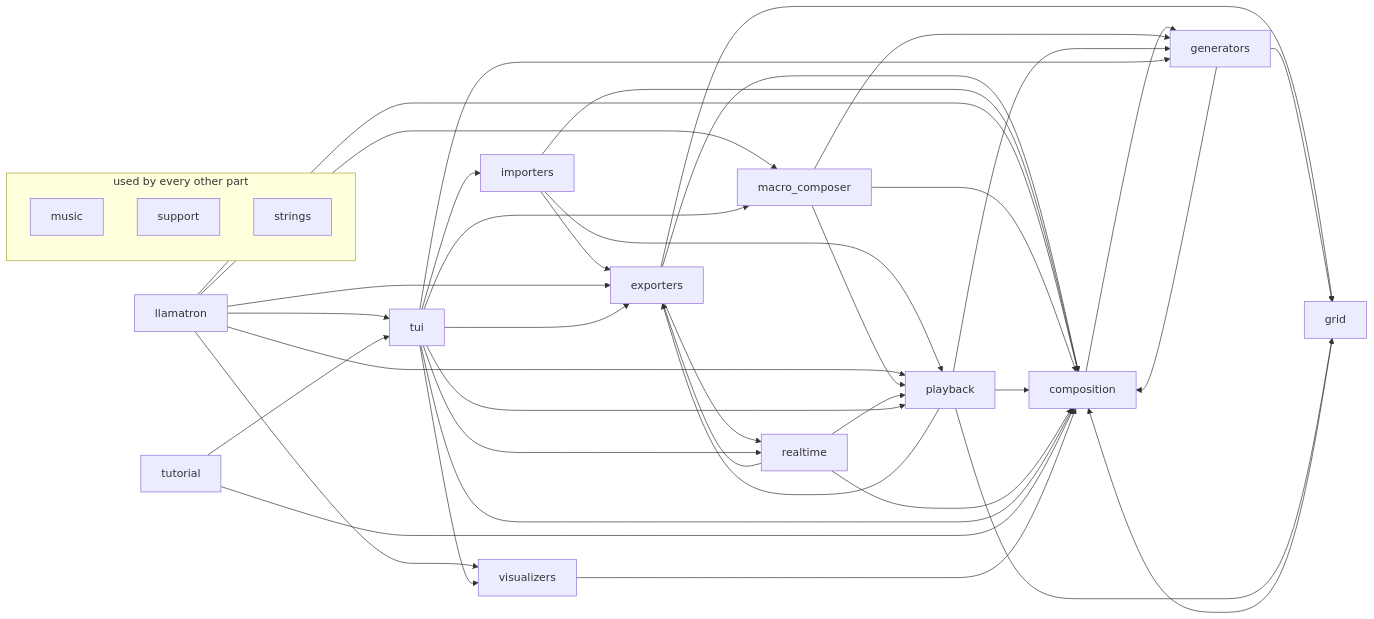
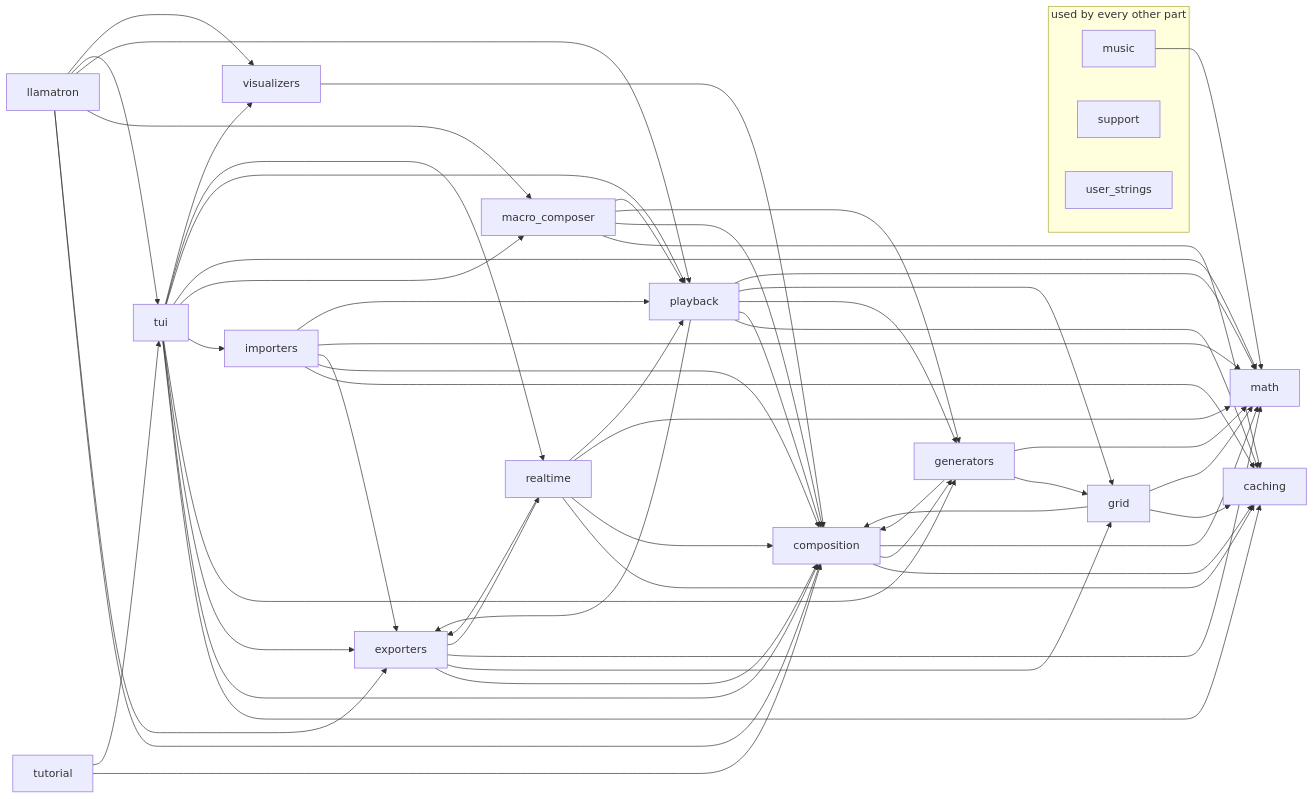
One commit to mpdehaan/llamatron changed the second of 2 diagrams in docs/ARCHITECTURE.md. Above: the diagram before and after it, drawn with Mermaid. The commit also changed other lines of this file and 513 other files, not shown here.

````diff
--- a/docs/ARCHITECTURE.md
+++ b/docs/ARCHITECTURE.md
@@ -126,57 +126,75 @@
 ```mermaid
 flowchart LR
     tui["tui"]
     llamatron["llamatron"]
     composition["composition"]
     playback["playback"]
     generators["generators"]
     grid["grid"]
     exporters["exporters"]
+    caching["caching"]
     importers["importers"]
     macro_composer["macro_composer"]
+    math["math"]
     realtime["realtime"]
     tutorial["tutorial"]
     visualizers["visualizers"]
     subgraph everywhere ["used by every other part"]
     music["music"]
     support["support"]
-    strings["strings"]
+    user_strings["user_strings"]
     end
+    composition --> caching
     composition --> generators
+    composition --> math
     exporters --> composition
     exporters --> grid
+    exporters --> math
     exporters --> realtime
     generators --> composition
     generators --> grid
+    generators --> math
+    grid --> caching
     grid --> composition
+    grid --> math
+    importers --> caching
     importers --> composition
     importers --> exporters
+    importers --> math
     importers --> playback
     llamatron --> composition
     llamatron --> exporters
     llamatron --> macro_composer
     llamatron --> playback
     llamatron --> tui
     llamatron --> visualizers
+    macro_composer --> caching
     macro_composer --> composition
     macro_composer --> generators
     macro_composer --> playback
+    music --> math
+    playback --> caching
     playback --> composition
     playback --> exporters
     playback --> generators
     playback --> grid
+    playback --> math
+    realtime --> caching
     realtime --> composition
     realtime --> exporters
+    realtime --> math
     realtime --> playback
+    tui --> caching
     tui --> composition
     tui --> exporters
     tui --> generators
     tui --> importers
     tui --> macro_composer
+    tui --> math
     tui --> playback
     tui --> realtime
     tui --> visualizers
     tutorial --> composition
     tutorial --> tui
     visualizers --> composition
 ```
````
